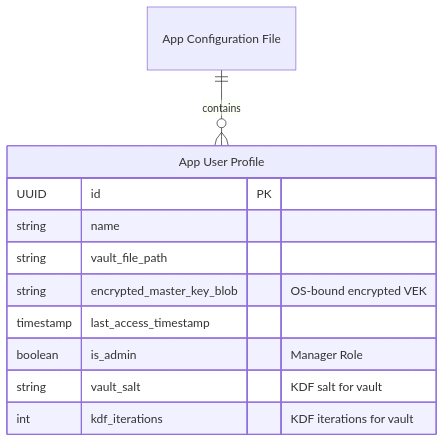
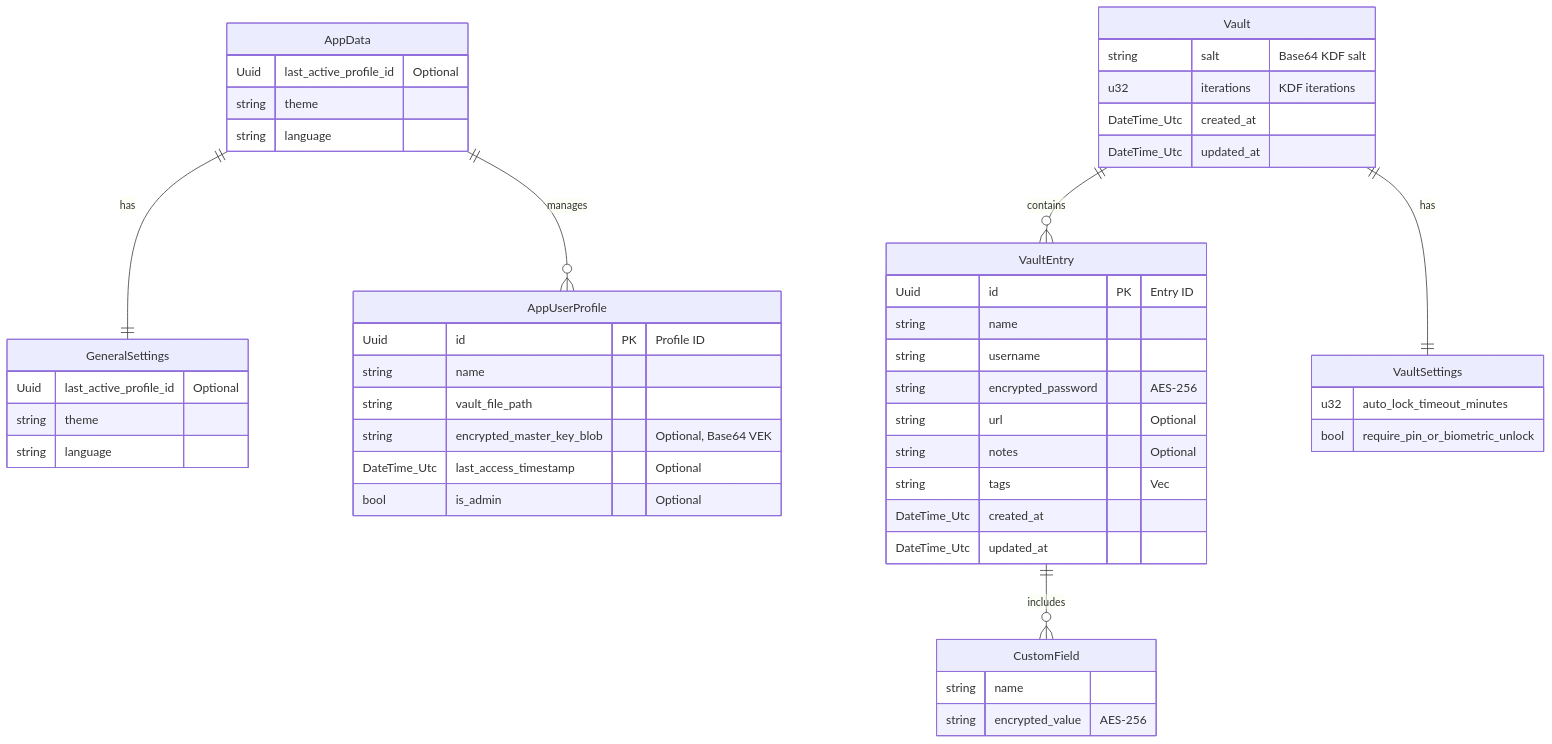
Before and after one commit to faustoheikkinen/HeikkinenPasswordManager: the diagram in _Docs/ERD.mmd, drawn with Mermaid. The commit also changed 1 other file, not shown here.

```diff
--- a/_Docs/ERD.mmd
+++ b/_Docs/ERD.mmd
@@ -1,13 +1,56 @@
 erDiagram
-    "App User Profile" {
-        UUID id PK
+    AppData ||--|| GeneralSettings : "has"
+    AppData ||--o{ AppUserProfile : "manages"
+    Vault ||--o{ VaultEntry : "contains"
+    Vault ||--|| VaultSettings : "has"
+    VaultEntry ||--o{ CustomField : "includes"
+
+    AppData {
+        Uuid last_active_profile_id "Optional"
+        string theme
+        string language
+    }
+
+    GeneralSettings {
+        Uuid last_active_profile_id "Optional"
+        string theme
+        string language
+    }
+
+    AppUserProfile {
+        Uuid id PK "Profile ID"
         string name
         string vault_file_path
-        string encrypted_master_key_blob "OS-bound encrypted VEK"
-        timestamp last_access_timestamp
-        boolean is_admin "Manager Role"
-        string vault_salt "KDF salt for vault"
-        int kdf_iterations "KDF iterations for vault"
+        string encrypted_master_key_blob "Optional, Base64 VEK"
+        DateTime_Utc last_access_timestamp "Optional"
+        bool is_admin "Optional"
     }
-    
-    "App Configuration File" ||--o{ "App User Profile" : contains
+
+    Vault {
+        string salt "Base64 KDF salt"
+        u32 iterations "KDF iterations"
+        DateTime_Utc created_at
+        DateTime_Utc updated_at
+    }
+
+    VaultEntry {
+        Uuid id PK "Entry ID"
+        string name
+        string username
+        string encrypted_password "AES-256"
+        string url "Optional"
+        string notes "Optional"
+        string tags "Vec<String>"
+        DateTime_Utc created_at
+        DateTime_Utc updated_at
+    }
+
+    VaultSettings {
+        u32 auto_lock_timeout_minutes
+        bool require_pin_or_biometric_unlock
+    }
+
+    CustomField {
+        string name
+        string encrypted_value "AES-256"
+    }
```
